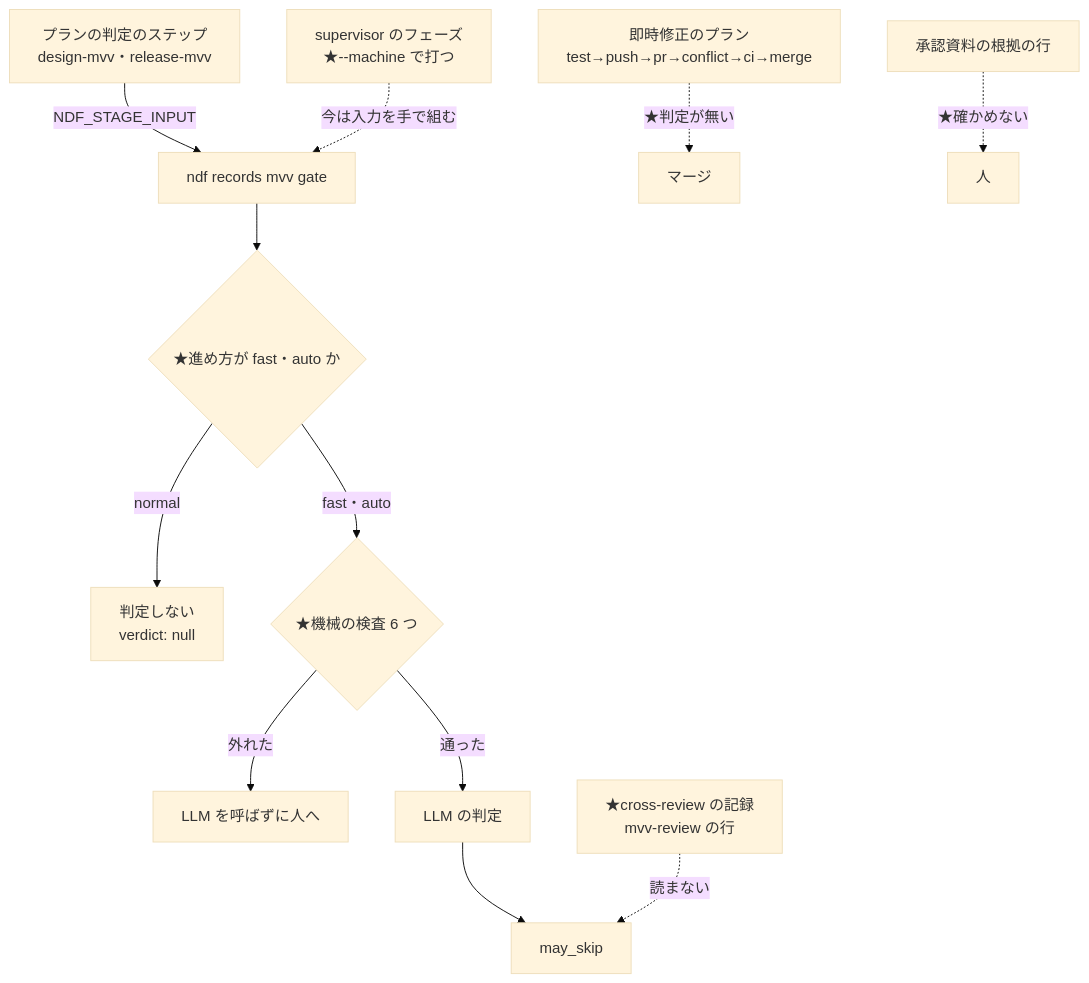
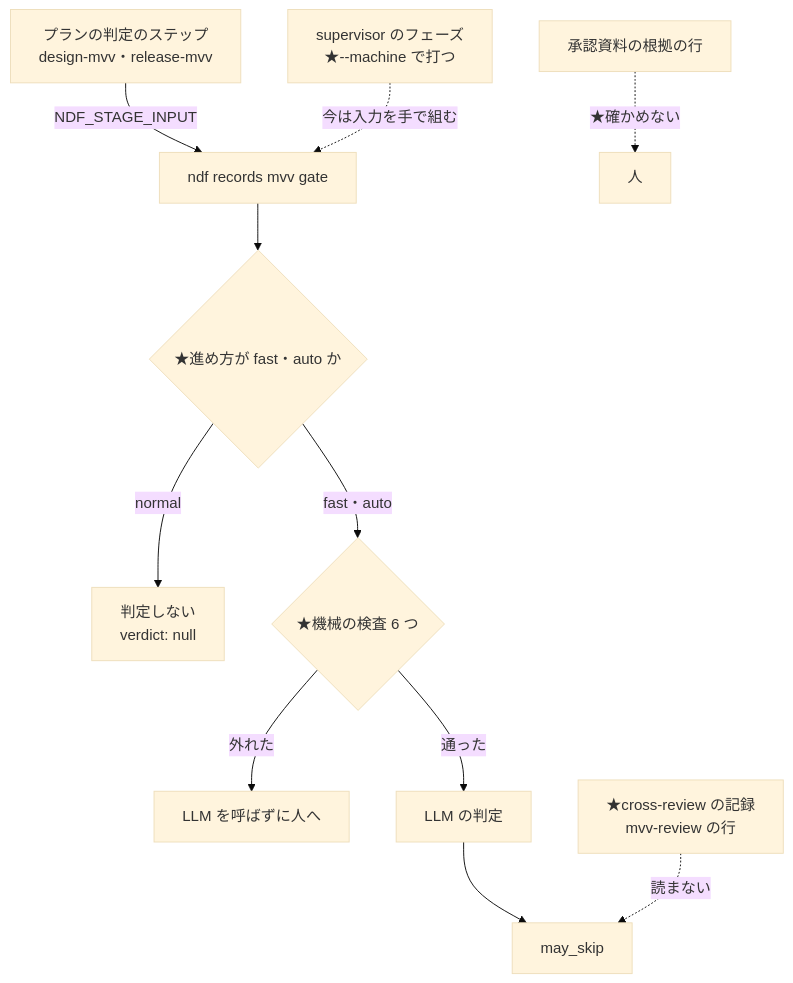
Before and after one commit to devbasex/ai-plugins: the first of 4 diagrams in issues/issue-3959-4055-design.md, drawn with Mermaid (base theme). The commit also changed other lines of this file and 2 other files, not shown here.

````diff
--- a/issues/issue-3959-4055-design.md
+++ b/issues/issue-3959-4055-design.md
@@ -9,14 +9,13 @@
 ```mermaid
 graph TD
   P["プランの判定のステップ<br>design-mvv・release-mvv"] -->|NDF_STAGE_INPUT| G["ndf records mvv gate"]
   S["supervisor のフェーズ<br>★--machine で打つ"] -.->|今は入力を手で組む| G
   G --> A{"★進め方が fast・auto か"}
   A -->|normal| N["判定しない<br>verdict: null"]
   A -->|fast・auto| C{"★機械の検査 6 つ"}
   C -->|外れた| H["LLM を呼ばずに人へ"]
   C -->|通った| J["LLM の判定"]
   J --> K["may_skip"]
   R["★cross-review の記録<br>mvv-review の行"] -.->|読まない| K
-  F["即時修正のプラン<br>test→push→pr→conflict→ci→merge"] -.->|★判定が無い| M["マージ"]
   AP["承認資料の根拠の行"] -.->|★確かめない| HUMAN["人"]
 ```
````
